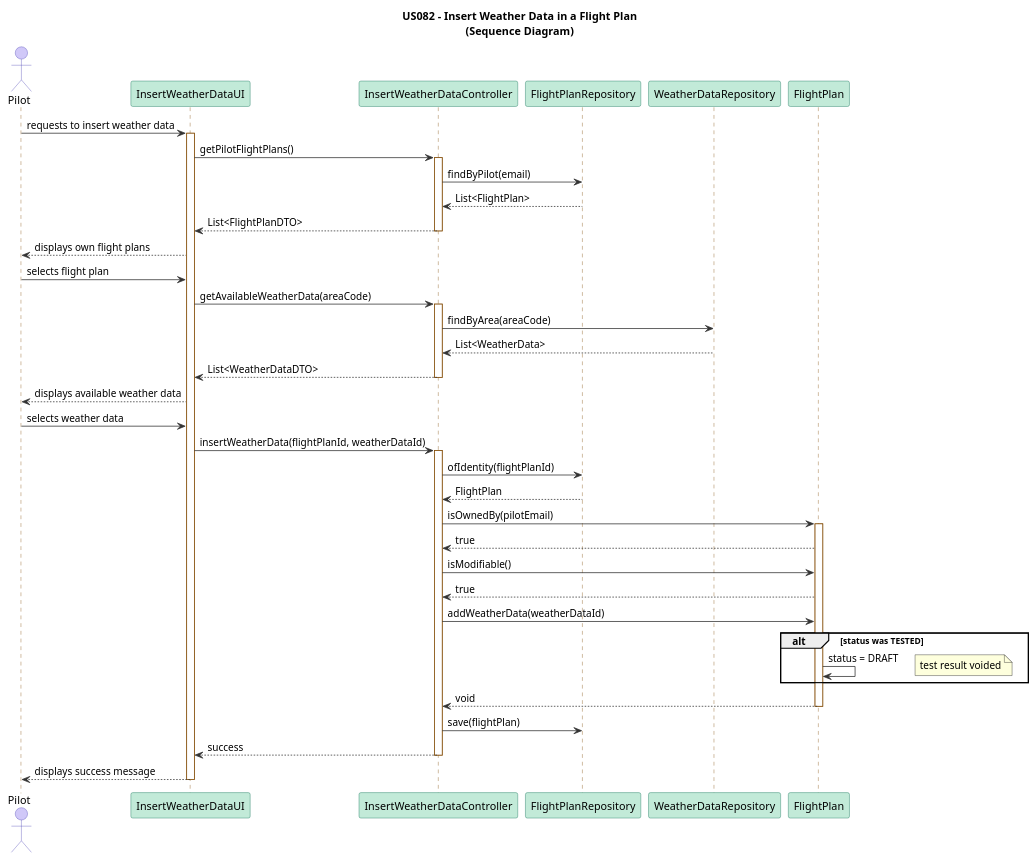
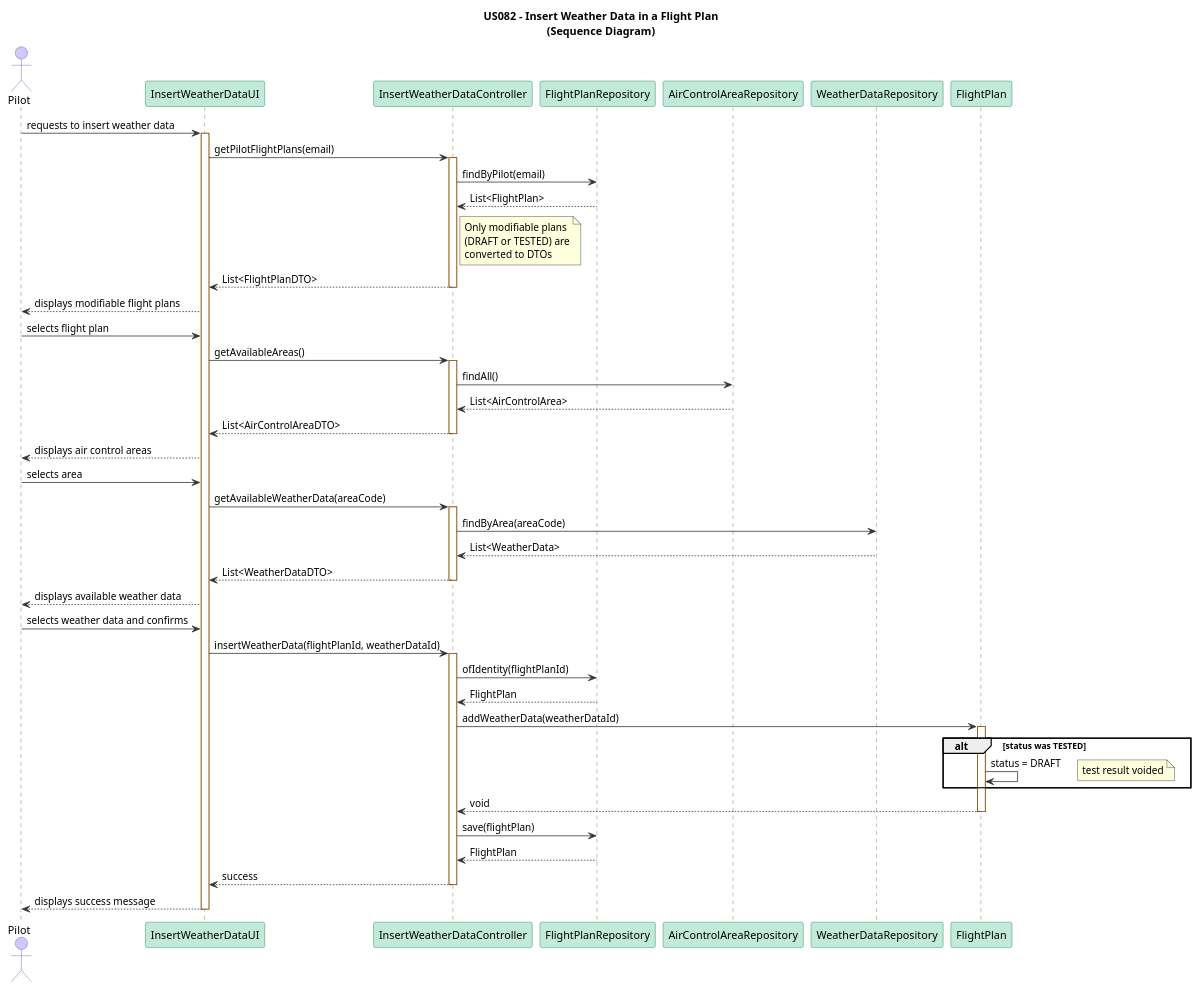
The diagram in docs/Sprint 3/EAPLI/US082/puml/US082-sequence-diagram.puml (DuartePinto1240/sem4pi2526-sem4pi2526_2da2), drawn with PlantUML before and after one commit. The commit also changed 13 other files, not shown here.

```diff
--- a/docs/Sprint 3/EAPLI/US082/puml/US082-sequence-diagram.puml
+++ b/docs/Sprint 3/EAPLI/US082/puml/US082-sequence-diagram.puml
@@ -1,79 +1,92 @@
 @startuml SD_US082
 title US082 – Insert Weather Data in a Flight Plan\n(Sequence Diagram)
 
 skinparam sequence {
     ActorBorderColor #534AB7
     ActorBackgroundColor #D0C8F8
     ParticipantBorderColor #0F6E56
     ParticipantBackgroundColor #C2EAD8
     LifeLineBorderColor #854F0B
     NoteBackgroundColor #FAE8C0
     NoteBorderColor #854F0B
     ArrowColor #333333
 }
 
 actor "Pilot" as PILOT
 participant "InsertWeatherDataUI" as UI
 participant "InsertWeatherDataController" as CTRL
 participant "FlightPlanRepository" as FPREPO
+participant "AirControlAreaRepository" as AREAREPO
 participant "WeatherDataRepository" as WREPO
 participant "FlightPlan" as FP
 
 PILOT -> UI : requests to insert weather data
 activate UI
 
-UI -> CTRL : getPilotFlightPlans()
+UI -> CTRL : getPilotFlightPlans(email)
 activate CTRL
 CTRL -> FPREPO : findByPilot(email)
 FPREPO --> CTRL : List<FlightPlan>
+note right of CTRL
+  Only modifiable plans
+  (DRAFT or TESTED) are
+  converted to DTOs
+end note
 CTRL --> UI : List<FlightPlanDTO>
 deactivate CTRL
 
-UI --> PILOT : displays own flight plans
+UI --> PILOT : displays modifiable flight plans
 
 PILOT -> UI : selects flight plan
+
+UI -> CTRL : getAvailableAreas()
+activate CTRL
+CTRL -> AREAREPO : findAll()
+AREAREPO --> CTRL : List<AirControlArea>
+CTRL --> UI : List<AirControlAreaDTO>
+deactivate CTRL
+
+UI --> PILOT : displays air control areas
+
+PILOT -> UI : selects area
 
 UI -> CTRL : getAvailableWeatherData(areaCode)
 activate CTRL
 CTRL -> WREPO : findByArea(areaCode)
 WREPO --> CTRL : List<WeatherData>
 CTRL --> UI : List<WeatherDataDTO>
 deactivate CTRL
 
 UI --> PILOT : displays available weather data
 
-PILOT -> UI : selects weather data
+PILOT -> UI : selects weather data and confirms
 
 UI -> CTRL : insertWeatherData(flightPlanId, weatherDataId)
 activate CTRL
 
 CTRL -> FPREPO : ofIdentity(flightPlanId)
 FPREPO --> CTRL : FlightPlan
 
-CTRL -> FP : isOwnedBy(pilotEmail)
+CTRL -> FP : addWeatherData(weatherDataId)
+
 activate FP
-FP --> CTRL : true
-
-CTRL -> FP : isModifiable()
-FP --> CTRL : true
-
-CTRL -> FP : addWeatherData(weatherDataId)
 
 alt status was TESTED
     FP -> FP : status = DRAFT
     note right : test result voided
 end
 
 FP --> CTRL : void
 deactivate FP
 
 CTRL -> FPREPO : save(flightPlan)
+FPREPO --> CTRL : FlightPlan
 
 CTRL --> UI : success
 deactivate CTRL
 
 UI --> PILOT : displays success message
 
 deactivate UI
 
 @enduml
```
